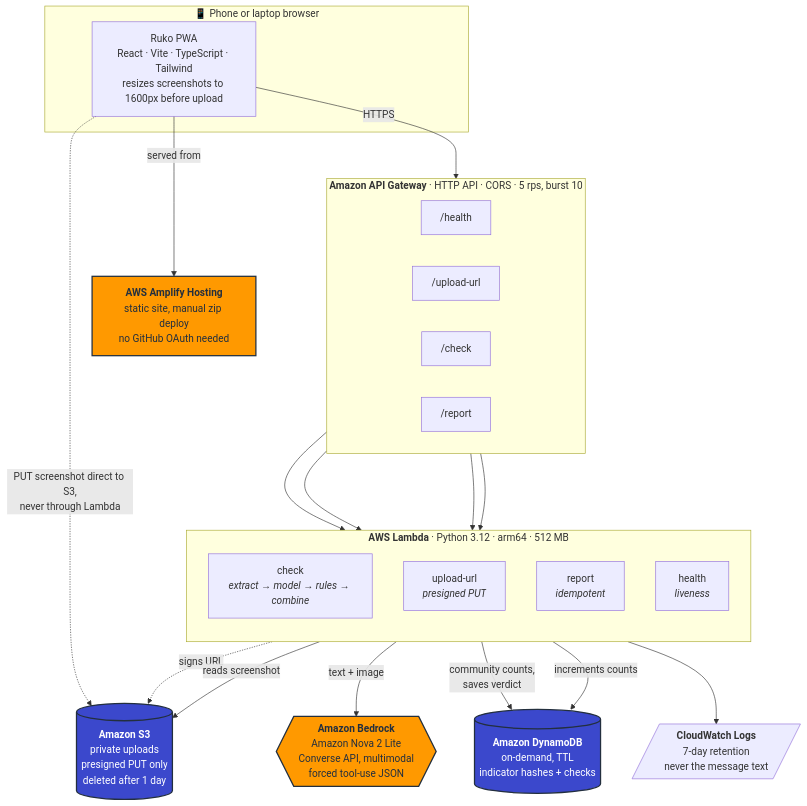
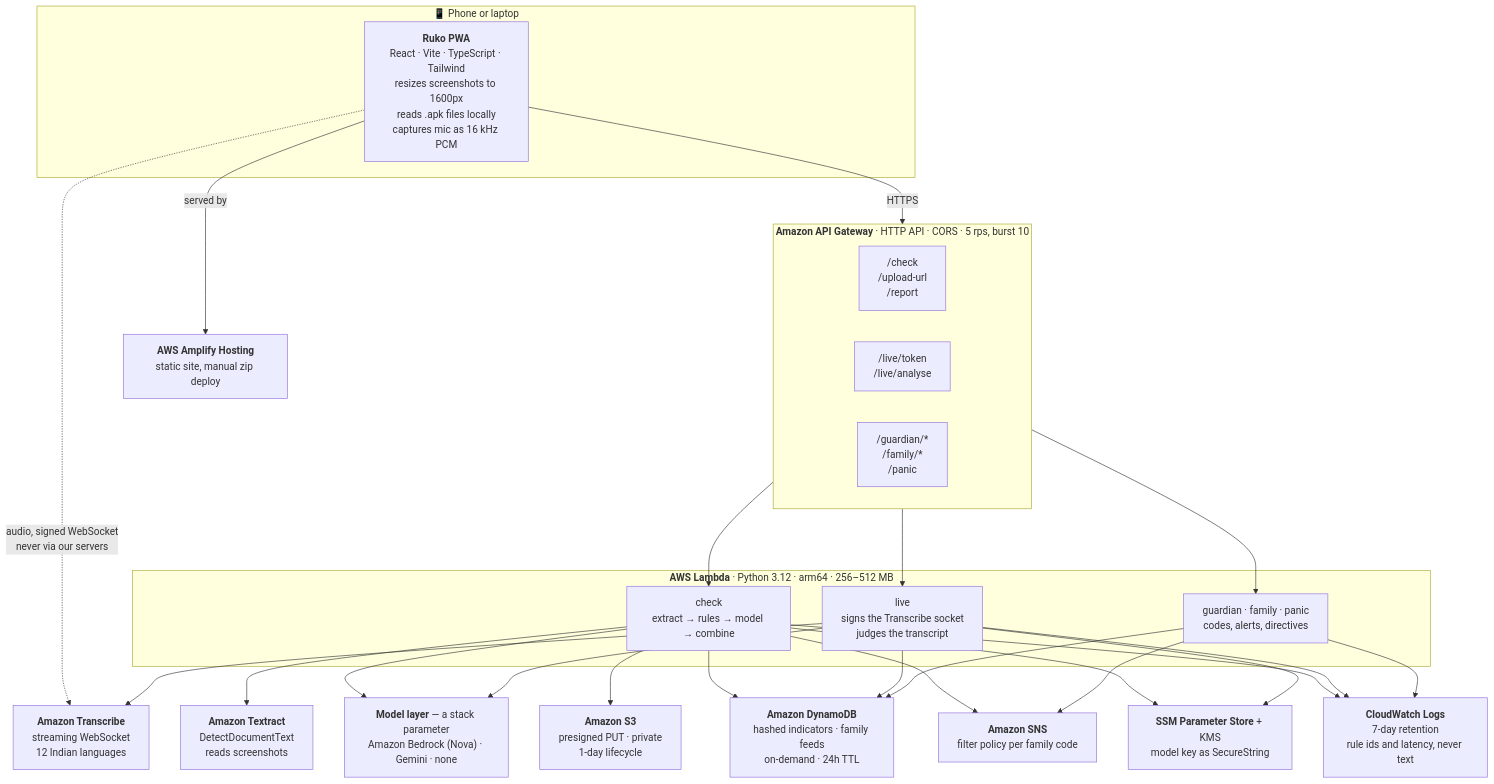
Before and after one commit to hrshmakwana/ruko: the diagram in README.md, drawn with Mermaid. The commit also changed other lines of this file and 1 other file, not shown here.

````diff
--- a/README.md
+++ b/README.md
@@ -44,48 +141,40 @@
 ```mermaid
 flowchart TB
-    subgraph device["📱 Phone or laptop browser"]
-        pwa["Ruko PWA<br/>React · Vite · TypeScript · Tailwind<br/>resizes screenshots to 1600px before upload"]
+    subgraph device["📱 Phone or laptop"]
+        pwa["<b>Ruko PWA</b><br/>React · Vite · TypeScript · Tailwind<br/>resizes screenshots to 1600px<br/>reads .apk files locally<br/>captures mic as 16 kHz PCM"]
     end
 
-    amplify["<b>AWS Amplify Hosting</b><br/>static site, manual zip deploy<br/>no GitHub OAuth needed"]
+    amplify["<b>AWS Amplify Hosting</b><br/>static site, manual zip deploy"]
 
     subgraph api["<b>Amazon API Gateway</b> · HTTP API · CORS · 5 rps, burst 10"]
         direction LR
-        r1["/health"]
-        r2["/upload-url"]
-        r3["/check"]
-        r4["/report"]
+        r1["/check<br/>/upload-url<br/>/report"]
+        r2["/live/token<br/>/live/analyse"]
+        r3["/guardian/*<br/>/family/*<br/>/panic"]
     end
 
-    subgraph lambdas["<b>AWS Lambda</b> · Python 3.12 · arm64 · 512 MB"]
-        direction TB
-        fcheck["check<br/><i>extract → model → rules → combine</i>"]
-        fupload["upload-url<br/><i>presigned PUT</i>"]
-        freport["report<br/><i>idempotent</i>"]
-        fhealth["health<br/><i>liveness</i>"]
+    subgraph lambdas["<b>AWS Lambda</b> · Python 3.12 · arm64 · 256–512 MB"]
+        check["check<br/>extract → rules → model → combine"]
+        live["live<br/>signs the Transcribe socket<br/>judges the transcript"]
+        family["guardian · family · panic<br/>codes, alerts, directives"]
     end
 
-    s3[("<b>Amazon S3</b><br/>private uploads<br/>presigned PUT only<br/>deleted after 1 day")]
-    ddb[("<b>Amazon DynamoDB</b><br/>on-demand, TTL<br/>indicator hashes + checks")]
-    bedrock{{"<b>Amazon Bedrock</b><br/>Amazon Nova 2 Lite<br/>Converse API, multimodal<br/>forced tool-use JSON"}}
-    logs[/"<b>CloudWatch Logs</b><br/>7-day retention<br/>never the message text"/]
+    textract["<b>Amazon Textract</b><br/>DetectDocumentText<br/>reads screenshots"]
+    transcribe["<b>Amazon Transcribe</b><br/>streaming WebSocket<br/>12 Indian languages"]
+    model["<b>Model layer</b> — a stack parameter<br/>Amazon Bedrock (Nova) · Gemini · none"]
+    s3["<b>Amazon S3</b><br/>presigned PUT · private<br/>1-day lifecycle"]
+    ddb["<b>Amazon DynamoDB</b><br/>hashed indicators · family feeds<br/>on-demand · 24h TTL"]
+    sns["<b>Amazon SNS</b><br/>filter policy per family code"]
+    ssm["<b>SSM Parameter Store</b> + KMS<br/>model key as SecureString"]
+    logs["<b>CloudWatch Logs</b><br/>7-day retention<br/>rule ids and latency, never text"]
 
-    pwa -->|"served from"| amplify
+    pwa -->|"served by"| amplify
     pwa -->|"HTTPS"| api
-    r1 --> fhealth
-    r2 --> fupload
-    r3 --> fcheck
-    r4 --> freport
-    pwa -.->|"PUT screenshot direct to S3,<br/>never through Lambda"| s3
-    fupload -.->|"signs URL"| s3
-    fcheck -->|"reads screenshot"| s3
-    fcheck -->|"text + image"| bedrock
-    fcheck -->|"community counts,<br/>saves verdict"| ddb
-    freport -->|"increments counts"| ddb
-    lambdas --> logs
-
-    classDef aws fill:#ff9900,stroke:#232f3e,stroke-width:2px,color:#232f3e
-    classDef store fill:#3b48cc,stroke:#232f3e,stroke-width:2px,color:#fff
-    class amplify,bedrock aws
-    class s3,ddb store
+    pwa -.->|"audio, signed WebSocket<br/>never via our servers"| transcribe
+    api --> check & live & family
+    check --> textract & model & s3 & ddb & sns
+    live --> transcribe & model & ddb
+    family --> ddb & sns
+    check & live --> ssm
+    check & live & family --> logs
 ```
````
